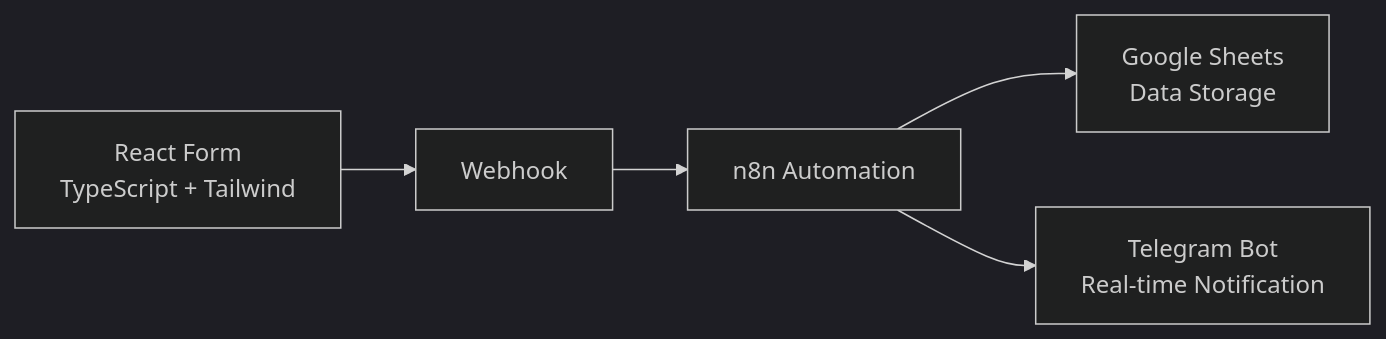
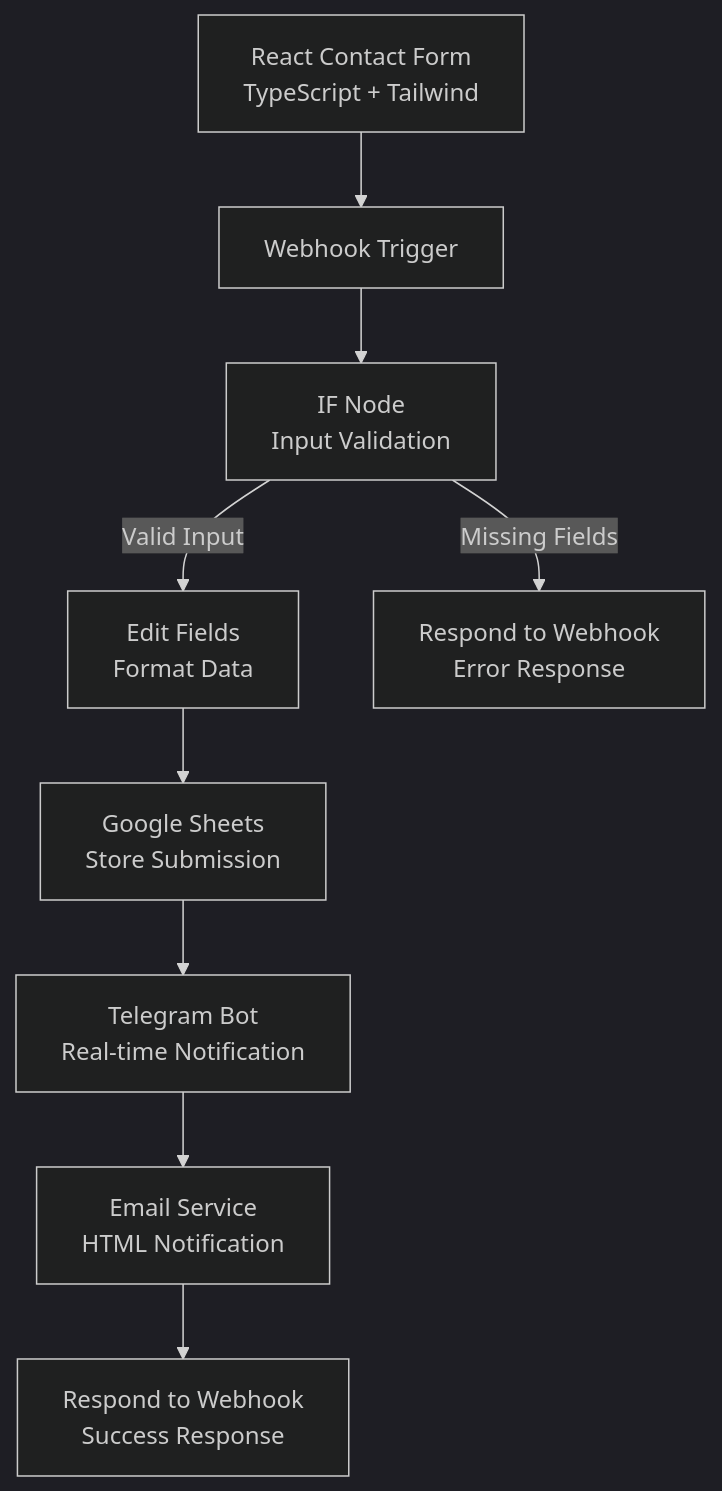
One commit to Amanweb85/n8n-form-automation changed the diagram in README.md. Above: the diagram before and after it, drawn with Mermaid (dark theme). The commit also changed other lines of this file and 5 other files, not shown here.

Commit message:
add workflow validation, error handling, email notifications and update README

````diff
--- a/README.md
+++ b/README.md
@@ -23,13 +18,24 @@
 ```mermaid
-flowchart LR
-A[React Form<br>TypeScript + Tailwind]
-B[Webhook]
-C[n8n Automation]
-D[Google Sheets<br>Data Storage]
-E[Telegram Bot<br>Real-time Notification]
+flowchart TD
+
+A[React Contact Form<br>TypeScript + Tailwind]
+B[Webhook Trigger]
+C[IF Node<br>Input Validation]
+D[Edit Fields<br>Format Data]
+E[Google Sheets<br>Store Submission]
+F[Telegram Bot<br>Real-time Notification]
+G[Email Service<br>HTML Notification]
+H[Respond to Webhook<br>Success Response]
+I[Respond to Webhook<br>Error Response]
 
 A --> B
 B --> C
-C --> D
-C --> E
+
+C -->|Valid Input| D
+D --> E
+E --> F
+F --> G
+G --> H
+
+C -->|Missing Fields| I
 ```
````
